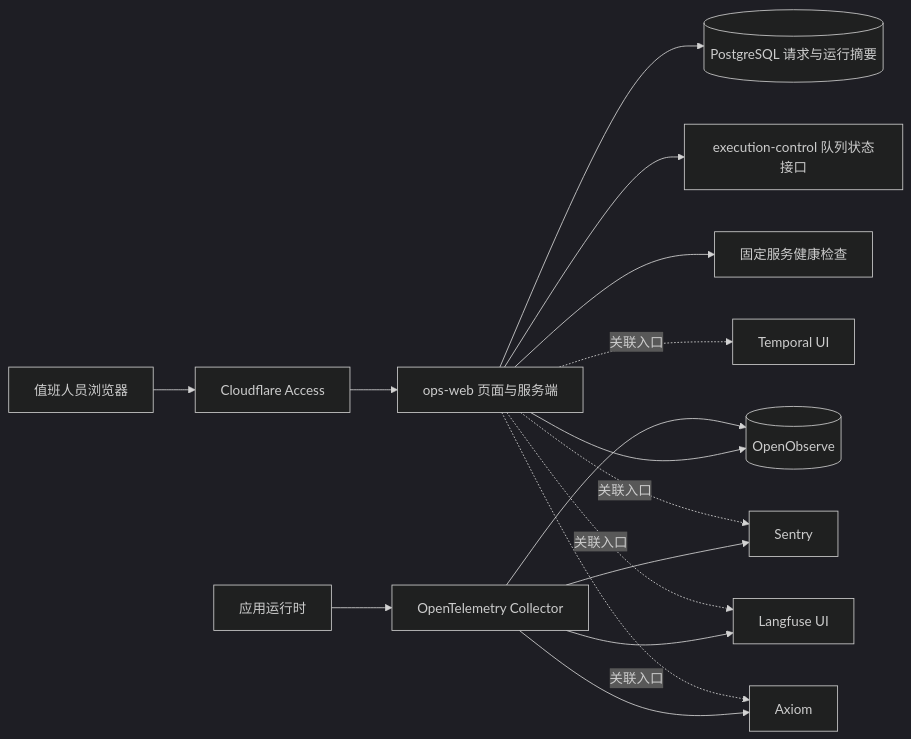
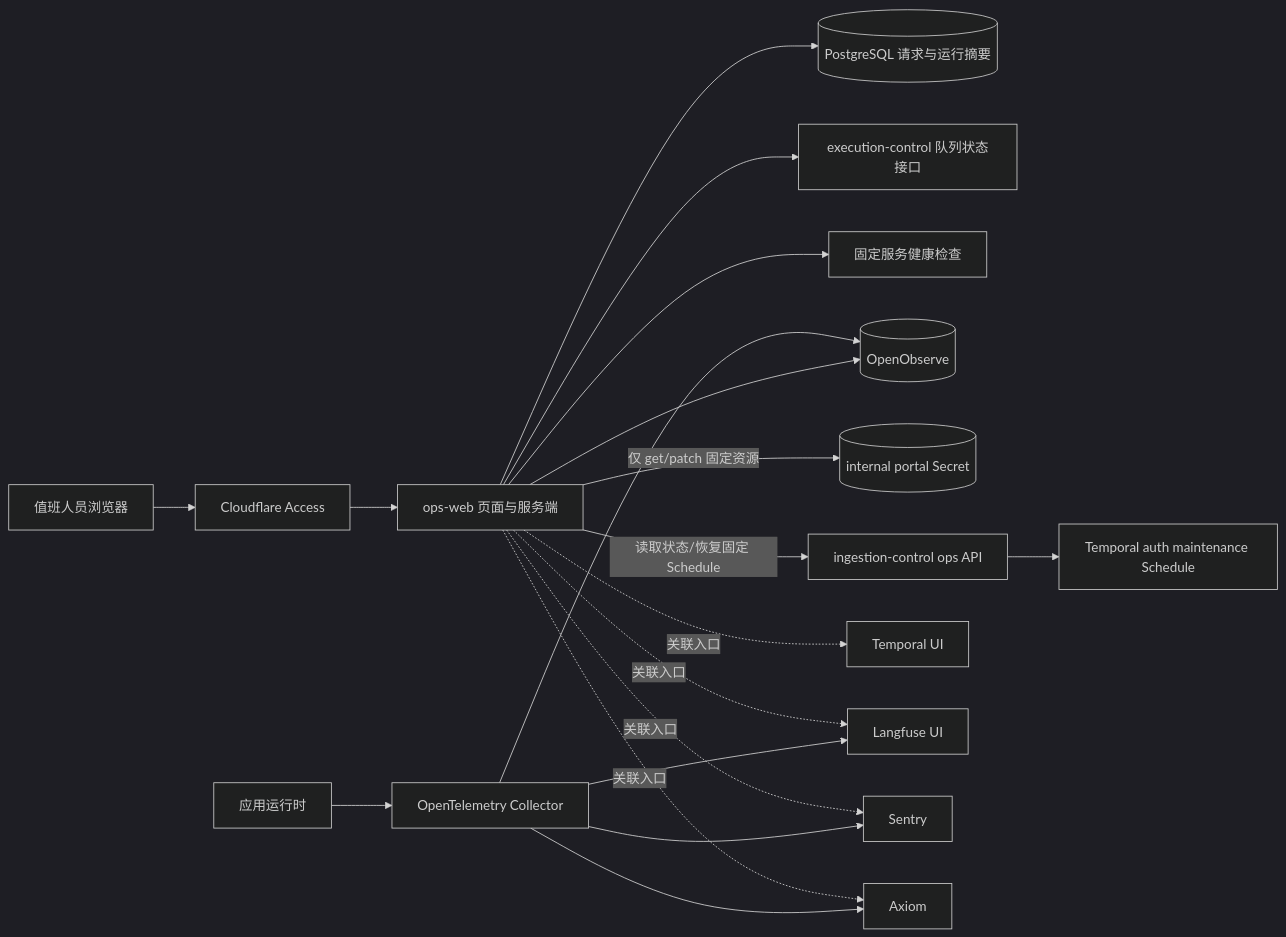
One commit to Luxfeier22331/campus-agent-main changed the diagram in docs/architecture/system/ops-observability.md. Above: the diagram before and after it, drawn with Mermaid (dark theme). The commit also changed other lines of this file and 80 other files, not shown here.

````diff
--- a/docs/architecture/system/ops-observability.md
+++ b/docs/architecture/system/ops-observability.md
@@ -35,31 +36,37 @@
 ```mermaid
 flowchart LR
   Browser[值班人员浏览器]
   Access[Cloudflare Access]
   OpsWeb[ops-web 页面与服务端]
   Pg[(PostgreSQL 请求与运行摘要)]
   Control[execution-control 队列状态接口]
   Health[固定服务健康检查]
   OpenObserve[(OpenObserve)]
+  PortalSecret[(internal portal Secret)]
+  IngestionControl[ingestion-control ops API]
+  AuthSchedule[Temporal auth maintenance Schedule]
   OTel[OpenTelemetry Collector]
   Runtime[应用运行时]
   TemporalUI[Temporal UI]
   LangfuseUI[Langfuse UI]
   Sentry[Sentry]
   Axiom[Axiom]
 
   Browser --> Access --> OpsWeb
   OpsWeb --> Pg
   OpsWeb --> Control
   OpsWeb --> Health
   OpsWeb --> OpenObserve
+  OpsWeb -->|仅 get/patch 固定资源| PortalSecret
+  OpsWeb -->|读取状态/恢复固定 Schedule| IngestionControl
+  IngestionControl --> AuthSchedule
   Runtime --> OTel
   OTel --> OpenObserve
   OTel --> Sentry
   OTel --> Axiom
   OTel --> LangfuseUI
   OpsWeb -. 关联入口 .-> TemporalUI
   OpsWeb -. 关联入口 .-> LangfuseUI
   OpsWeb -. 关联入口 .-> Sentry
   OpsWeb -. 关联入口 .-> Axiom
 ```
````
